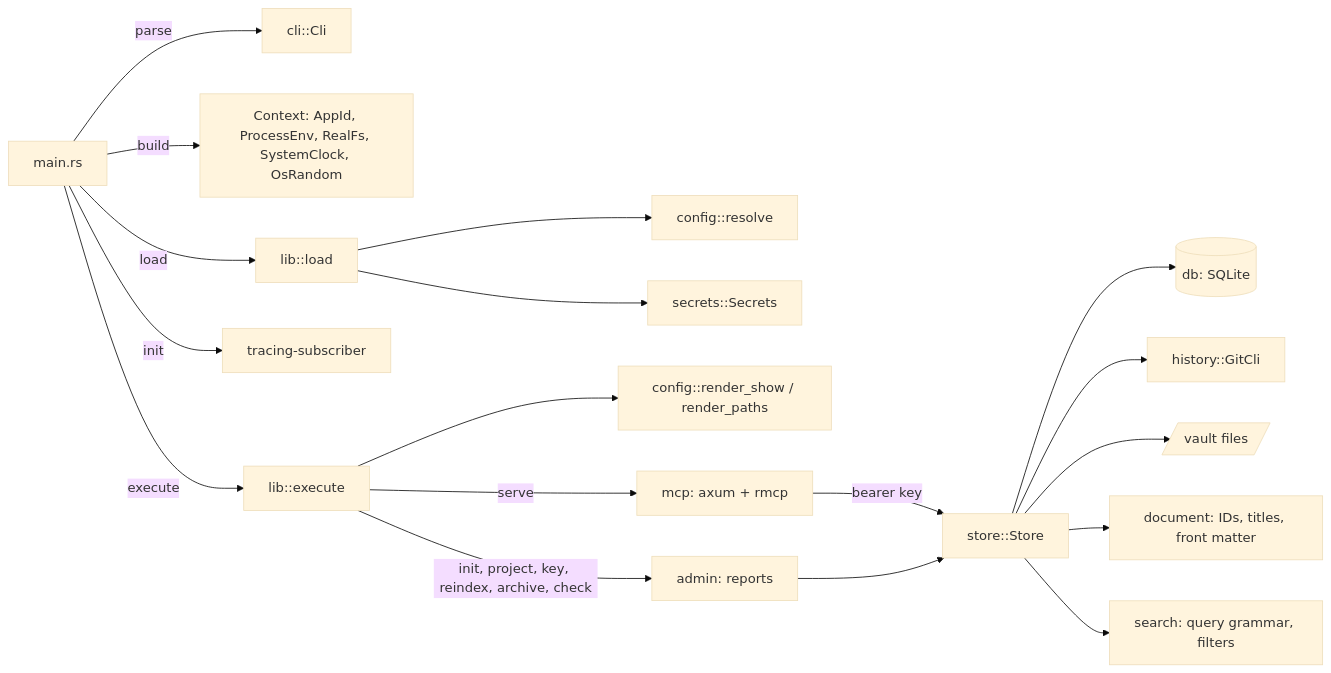
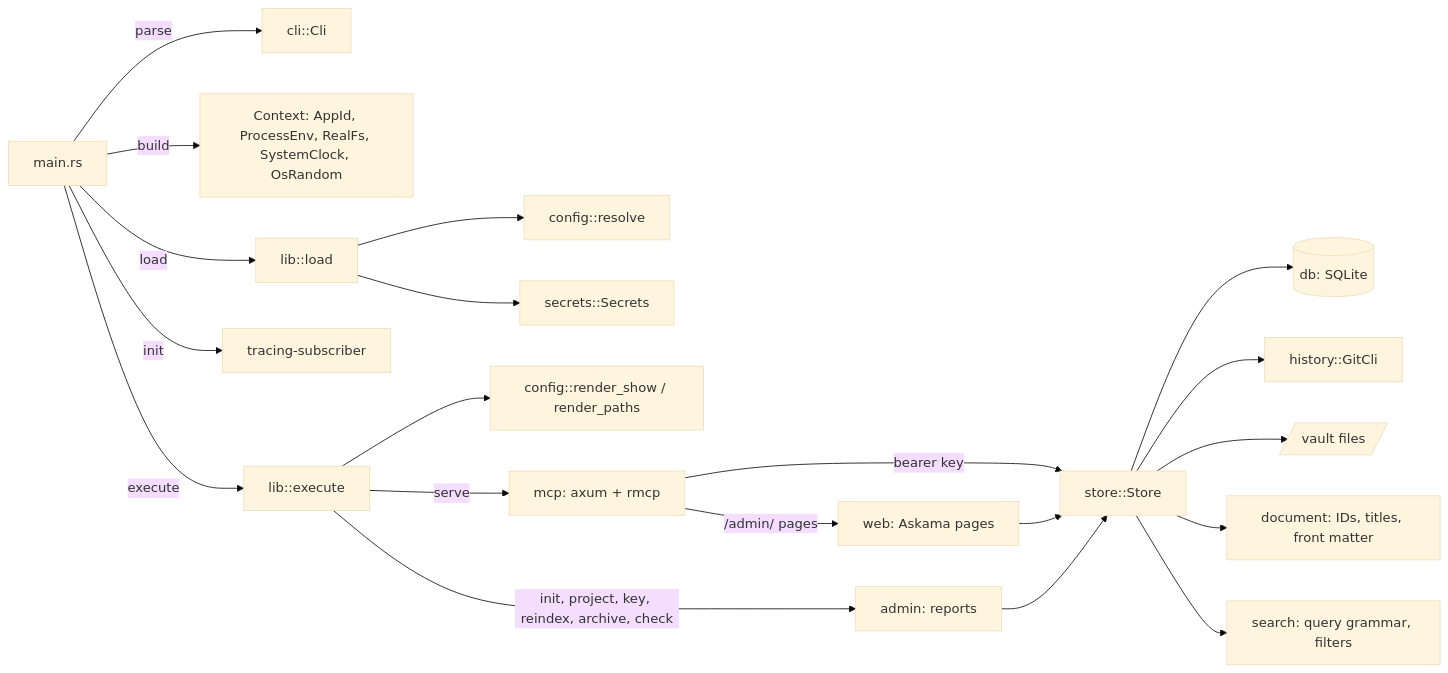
The first of 4 diagrams in docs/architecture.md (joelee/joedocs-mcp), drawn with Mermaid (base theme) before and after one commit. The commit also changed other lines of this file and 76 other files, not shown here.

First line of the commit message:
JoeDocs 0.5.0: admin web interface (#16)

````diff
--- a/docs/architecture.md
+++ b/docs/architecture.md
@@ -7,20 +7,22 @@
 ```mermaid
 flowchart LR
     main[main.rs] -->|parse| cli[cli::Cli]
     main -->|build| ctx[Context: AppId, ProcessEnv, RealFs, SystemClock, OsRandom]
     main -->|load| load[lib::load]
     load --> resolve[config::resolve]
     load --> secrets[secrets::Secrets]
     main -->|init| tracing[tracing-subscriber]
     main -->|execute| exec[lib::execute]
     exec --> show[config::render_show / render_paths]
     exec -->|serve| mcp[mcp: axum + rmcp]
     mcp -->|bearer key| store
+    mcp -->|"/admin/ pages"| web[web: Askama pages]
+    web --> store
     exec -->|init, project, key, reindex, archive, check| admin[admin: reports]
     admin --> store[store::Store]
     store --> db[(db: SQLite)]
     store --> history[history::GitCli]
     store --> vault[/vault files/]
     store --> document[document: IDs, titles, front matter]
     store --> search[search: query grammar, filters]
 ```
````
